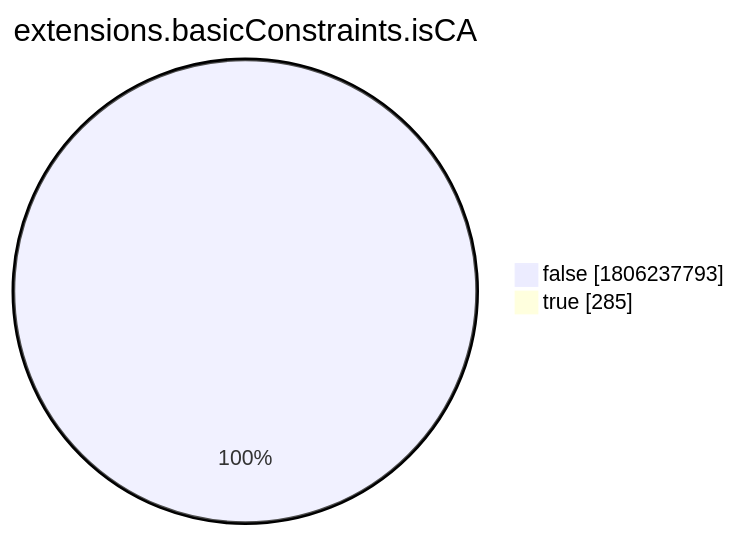
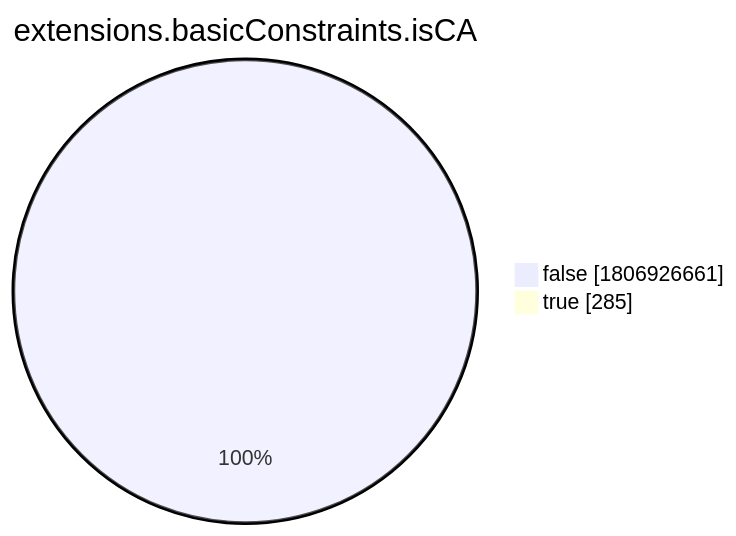
The eighth of 15 diagrams in xenon2022/README.md (christiankrug/ctmonitor_visualization), drawn with Mermaid before and after one commit. The commit also changed other lines of this file, not shown here.

````diff
--- a/xenon2022/README.md
+++ b/xenon2022/README.md
@@ -2868,6 +2868,6 @@
 ```mermaid
 pie showData
 title extensions.basicConstraints.isCA
-"false" :1806237793
+"false" :1806926661
 "true" :285
 ```
````
